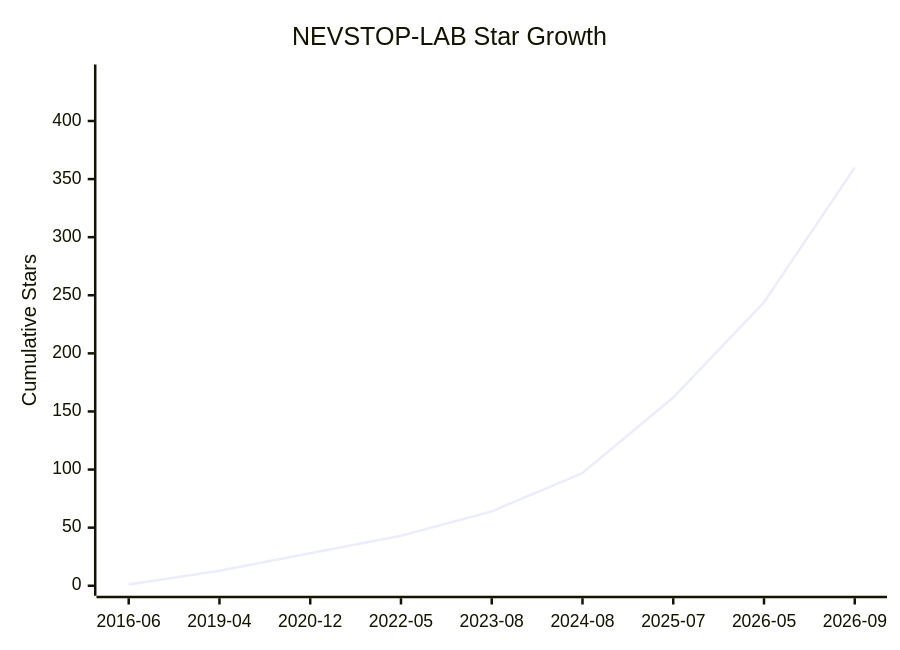
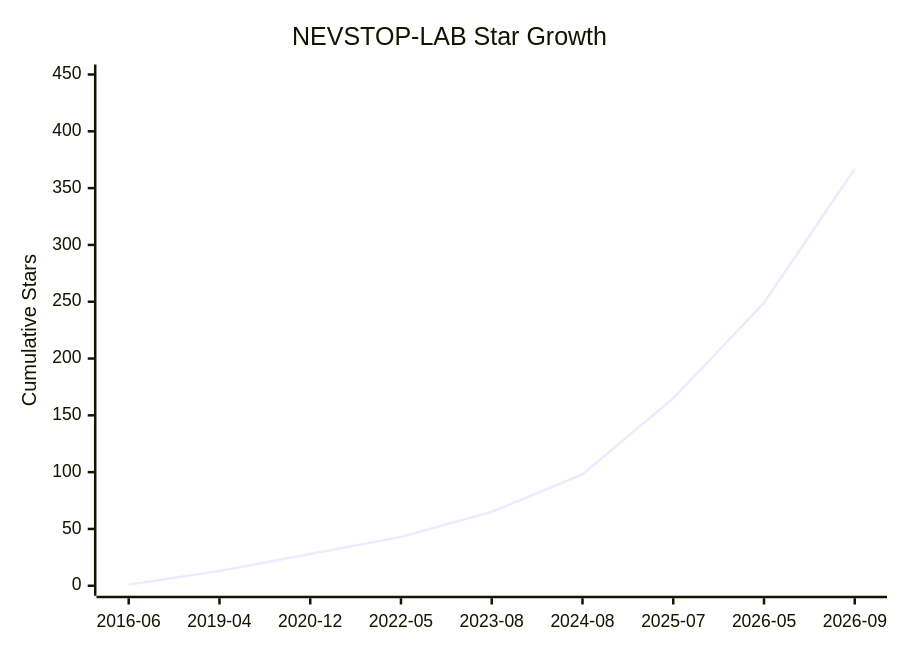
Before and after one commit to NEVSTOP-LAB/.github: the diagram in Star-History.md, drawn with Mermaid. The commit also changed other lines of this file and 2 other files, not shown here.

````diff
--- a/Star-History.md
+++ b/Star-History.md
@@ -8,7 +8,7 @@
 ```mermaid
 xychart-beta
     title "NEVSTOP-LAB Star Growth"
     x-axis ["2016-06", "2019-04", "2020-12", "2022-05", "2023-08", "2024-08", "2025-07", "2026-05", "2026-09"]
-    y-axis "Cumulative Stars" 0 --> 440
-    line [1, 13, 28, 43, 64, 97, 162, 244, 360]
+    y-axis "Cumulative Stars" 0 --> 450
+    line [1, 13, 28, 43, 65, 98, 165, 249, 367]
 ```
````
